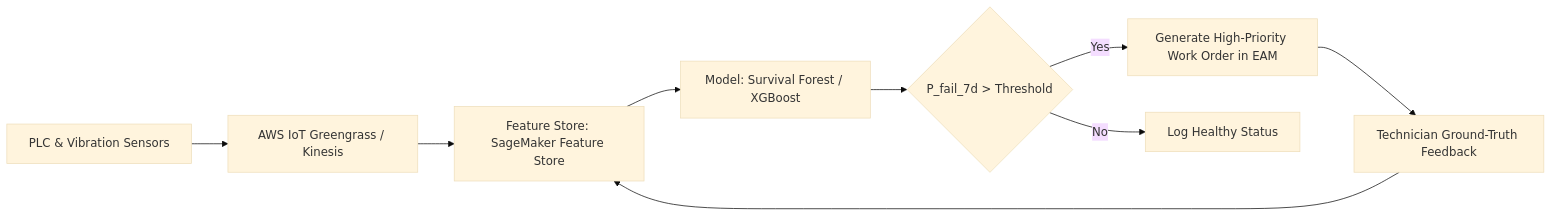
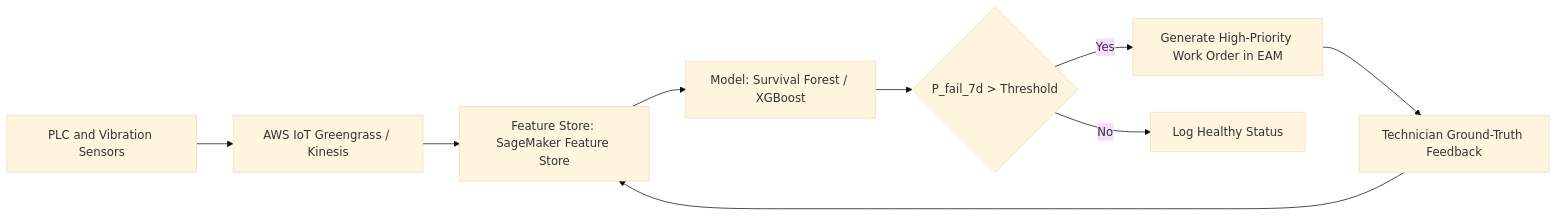
The fifth of 7 diagrams in haritha_part1.md (Prateek-N/preprationstuff), drawn with Mermaid (base theme) before and after one commit. The commit also changed other lines of this file and 5 other files, not shown here.

Commit message:
Fix Mermaid diagram syntax in System 2 flow and quote all node labels for Mermaid 11.x

````diff
--- a/haritha_part1.md
+++ b/haritha_part1.md
@@ -246,11 +248,11 @@
 ```mermaid
 flowchart LR
-    A[PLC & Vibration Sensors] --> B[AWS IoT Greengrass / Kinesis]
-    B --> C[Feature Store: SageMaker Feature Store]
-    C --> D[Model: Survival Forest / XGBoost]
-    D --> E{P_fail_7d > Threshold}
-    E -- Yes --> F[Generate High-Priority Work Order in EAM]
-    E -- No --> G[Log Healthy Status]
-    F --> H[Technician Ground-Truth Feedback]
+    A["PLC and Vibration Sensors"] --> B["AWS IoT Greengrass / Kinesis"]
+    B --> C["Feature Store: SageMaker Feature Store"]
+    C --> D["Model: Survival Forest / XGBoost"]
+    D --> E{"P_fail_7d > Threshold"}
+    E -->|"Yes"| F["Generate High-Priority Work Order in EAM"]
+    E -->|"No"| G["Log Healthy Status"]
+    F --> H["Technician Ground-Truth Feedback"]
     H --> C
 ```
````
